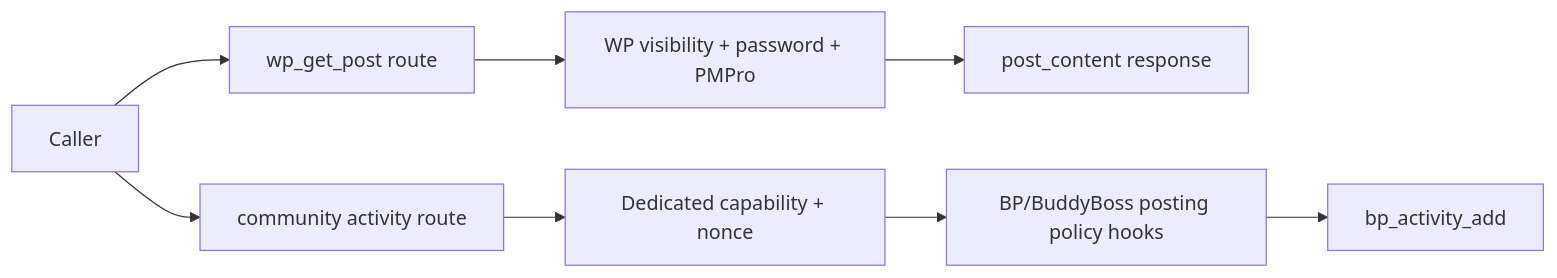
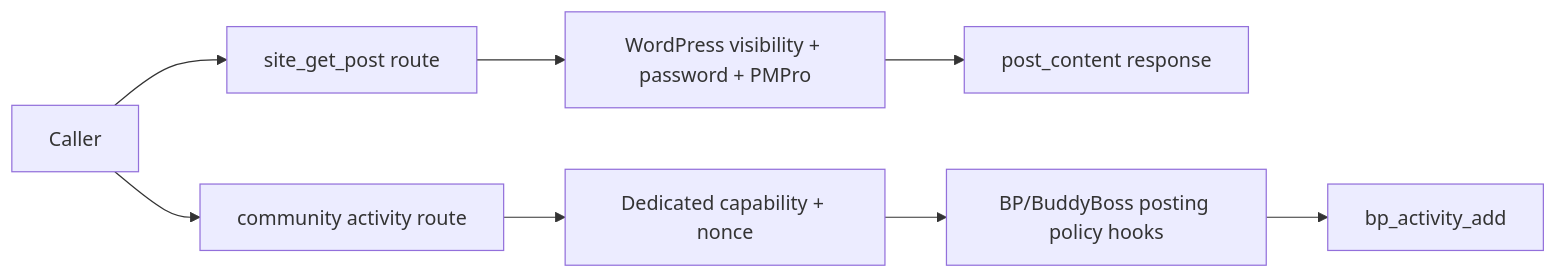
The diagram in security-hardening/diagrams/domain-aware-authorization-adapter-local-guards-after.mmd (kulkarnitech/WP-WebMCP), drawn with Mermaid before and after one commit. The commit also changed 31 other files, not shown here.

Commit message:
Finalize WebMCP Layer for WordPress

```diff
--- a/security-hardening/diagrams/domain-aware-authorization-adapter-local-guards-after.mmd
+++ b/security-hardening/diagrams/domain-aware-authorization-adapter-local-guards-after.mmd
@@ -1,8 +1,8 @@
 flowchart LR
-  U[Caller] --> P[wp_get_post route]
+  U[Caller] --> P[site_get_post route]
   U --> B[community activity route]
-  P --> W[WP visibility + password + PMPro]
+  P --> W[WordPress visibility + password + PMPro]
   W --> C[post_content response]
   B --> G[Dedicated capability + nonce]
   G --> D[BP/BuddyBoss posting policy hooks]
   D --> A[bp_activity_add]
```
